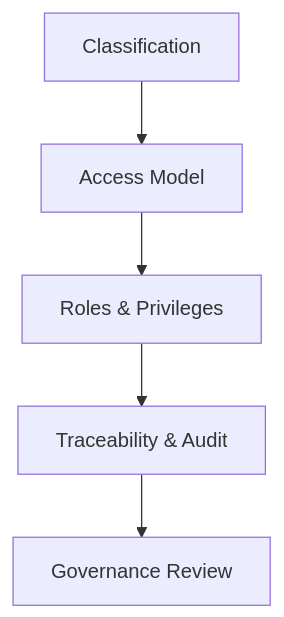
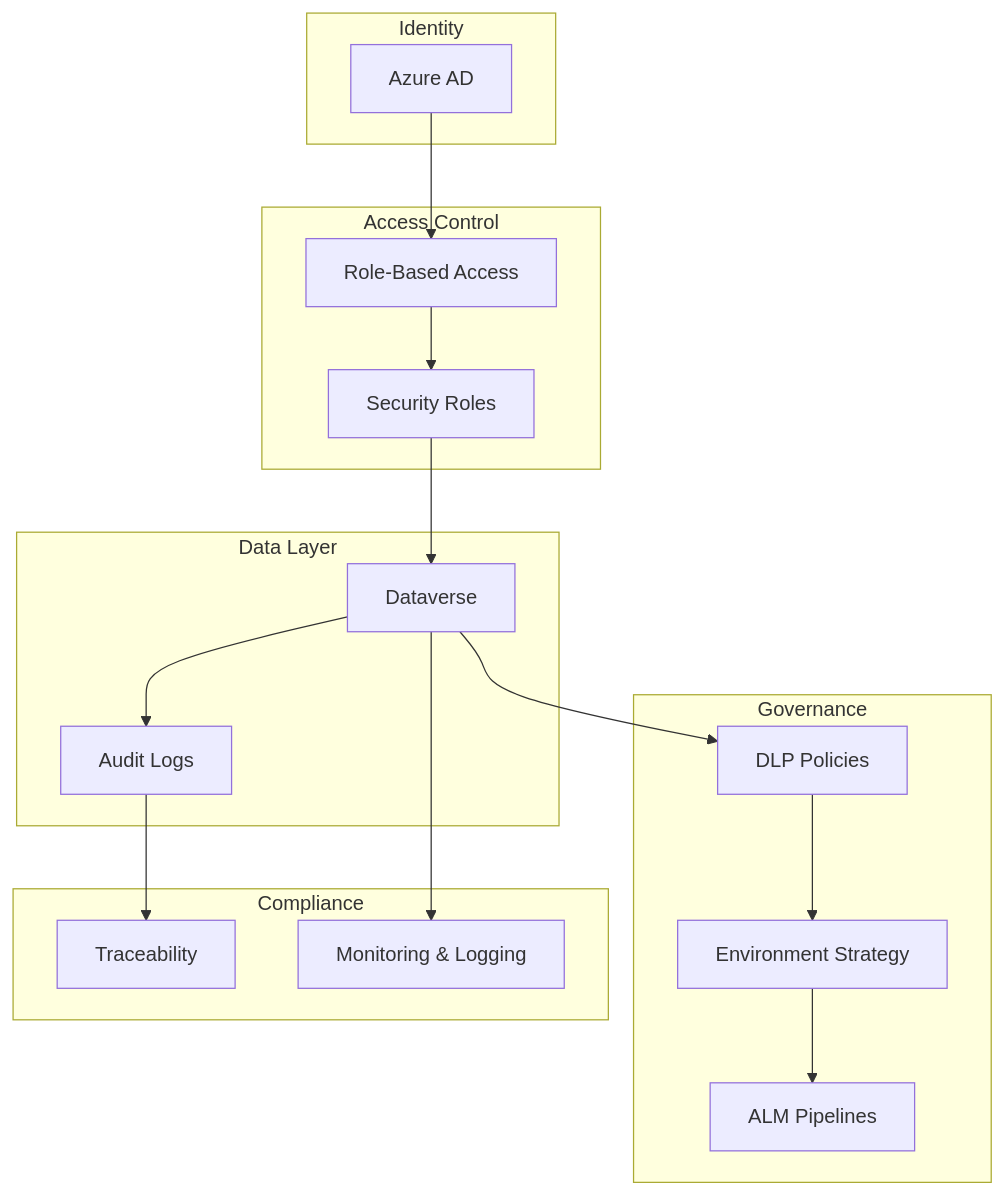
One commit to rzamperlini/rodrigo-mdbook-portfolio changed the diagram in src/data-security.md. Above: the diagram before and after it, drawn with Mermaid. The commit also changed 1 other file, not shown here.

Commit message:
Updating diagrams

````diff
--- a/src/data-security.md
+++ b/src/data-security.md
@@ -23,7 +23,40 @@
 ```mermaid
-flowchart TB
-    C[Classification] --> A[Access Model]
-    A --> R[Roles & Privileges]
-    R --> T[Traceability & Audit]
-    T --> G[Governance Review]
+flowchart TD
+    subgraph Identity
+        AAD[Azure AD]
+    end
+
+    subgraph Access Control
+        RBAC[Role-Based Access]
+        SEC[Security Roles]
+    end
+
+    subgraph Data Layer
+        DV[Dataverse]
+        AUDIT[Audit Logs]
+    end
+
+    subgraph Governance
+        DLP[DLP Policies]
+        ENV[Environment Strategy]
+        ALM[ALM Pipelines]
+    end
+
+    subgraph Compliance
+        TRACE[Traceability]
+        LOG[Monitoring & Logging]
+    end
+
+    AAD --> RBAC
+    RBAC --> SEC
+    SEC --> DV
+
+    DV --> AUDIT
+    AUDIT --> TRACE
+
+    DV --> DLP
+    DLP --> ENV
+    ENV --> ALM
+
+    DV --> LOG
 ```
````
